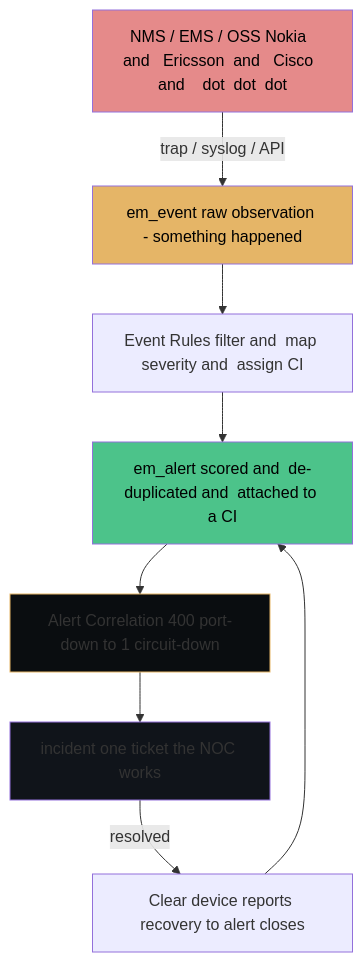
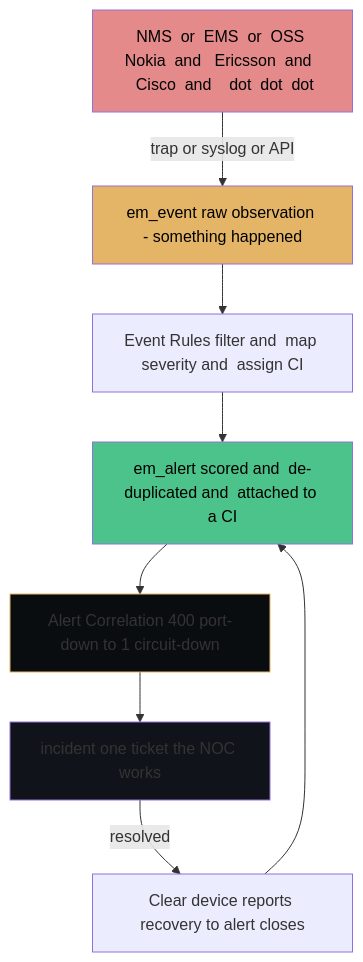
One commit to eltonaguiar/ServiceNow_Learning_TSOM-_CSM_FSM_SalesCRM_HAM_ITSM changed the first of 6 diagrams in docs/modules/tsom/tsom-guide.md. Above: the diagram before and after it, drawn with Mermaid. The commit also changed other lines of this file and 19 other files, not shown here.

First line of the commit message:
Fix Mermaid diagram syntax errors - replace problematic chars in text content only

````diff
--- a/docs/modules/tsom/tsom-guide.md
+++ b/docs/modules/tsom/tsom-guide.md
@@ -651,25 +651,25 @@
 ```mermaid
 flowchart TD
-    NMS[NMS / EMS / OSS Nokia  and   Ericsson  and   Cisco  and    dot  dot  dot ]
+    NMS[NMS  or  EMS  or  OSS Nokia  and   Ericsson  and   Cisco  and    dot  dot  dot ]
     Event[em_event raw observation - something happened]
     Rules[Event Rules filter and  map severity and  assign CI]
     Alert[em_alert scored and  de-duplicated and  attached to a CI]
     Corr[Alert Correlation 400 port-down to 1 circuit-down]
     Incident[incident one ticket the NOC works]
     Clear[Clear device reports recovery to alert closes]
 
-    NMS -->|trap / syslog / API| Event
+    NMS -->|trap  or  syslog  or  API| Event
     Event --> Rules
     Rules --> Alert
     Alert --> Corr
     Corr --> Incident
     Incident -->|resolved| Clear
     Clear --> Alert
 
     style NMS fill:#e58a8a,color:#000
     style Event fill:#e5b567,color:#000
     style Alert fill:#4cc38a,color:#000
     style Corr fill:#0a0d10,stroke:#e5b567
     style Incident fill:#10141a
 
 ```
````
